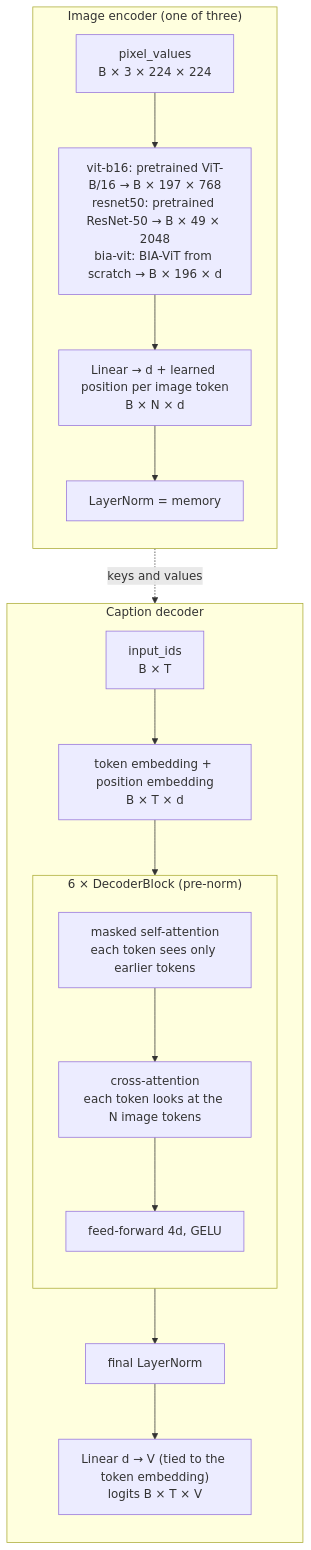
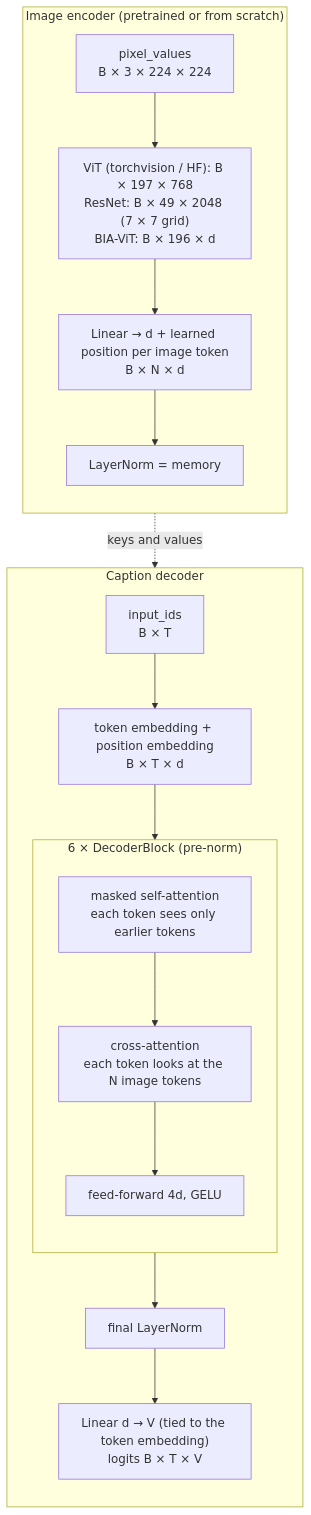
Before and after one commit to benisalla/BIA-IMG-Captioner: the first of 2 diagrams in docs/architecture.md, drawn with Mermaid. The commit also changed other lines of this file and 21 other files, not shown here.

````diff
--- a/docs/architecture.md
+++ b/docs/architecture.md
@@ -46,30 +49,30 @@
 ```mermaid
 flowchart TB
-    subgraph ENC["Image encoder (one of three)"]
+    subgraph ENC["Image encoder (pretrained or from scratch)"]
         direction TB
         IMG["pixel_values<br/>B × 3 × 224 × 224"]
-        CHOICE["vit-b16: pretrained ViT-B/16 → B × 197 × 768<br/>resnet50: pretrained ResNet-50 → B × 49 × 2048<br/>bia-vit: BIA-ViT from scratch → B × 196 × d"]
+        CHOICE["ViT (torchvision / HF): B × 197 × 768<br/>ResNet: B × 49 × 2048 (7 × 7 grid)<br/>BIA-ViT: B × 196 × d"]
         PROJ["Linear → d + learned position per image token<br/>B × N × d"]
         MEM["LayerNorm = memory"]
         IMG --> CHOICE --> PROJ --> MEM
     end
 
     subgraph DEC["Caption decoder"]
         direction TB
         IDS["input_ids<br/>B × T"]
         EMB["token embedding + position embedding<br/>B × T × d"]
         subgraph LAYER["6 × DecoderBlock (pre-norm)"]
             direction TB
             SA["masked self-attention<br/>each token sees only earlier tokens"]
             CA["cross-attention<br/>each token looks at the N image tokens"]
             FF["feed-forward 4d, GELU"]
             SA --> CA --> FF
         end
         NORM["final LayerNorm"]
         HEAD["Linear d → V (tied to the token embedding)<br/>logits B × T × V"]
         IDS --> EMB --> SA
         FF --> NORM --> HEAD
     end
 
     MEM -. "keys and values" .-> CA
 ```
````
